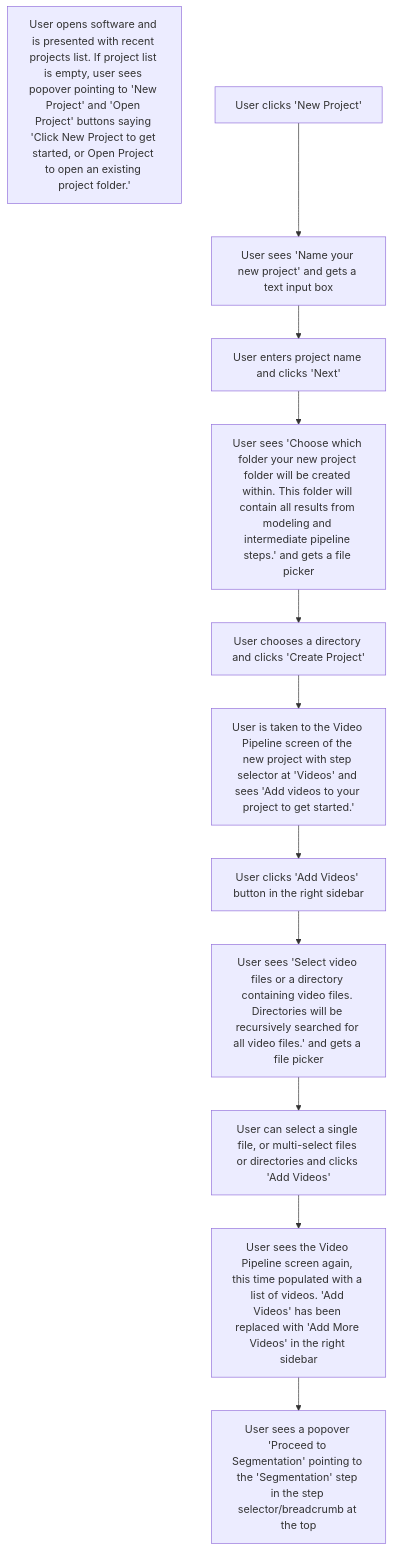
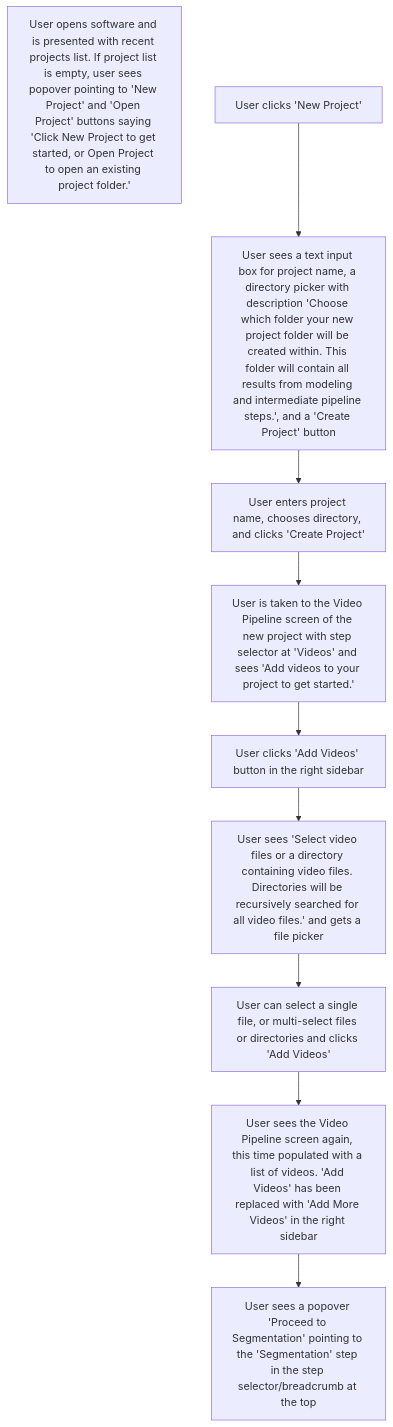
One commit to JRJacoby/vidseq changed the diagram in design_docs/user_flows/project_initialization.md. Above: the diagram before and after it, drawn with Mermaid. The commit also changed 4 other files, not shown here.

````diff
--- a/design_docs/user_flows/project_initialization.md
+++ b/design_docs/user_flows/project_initialization.md
@@ -1,26 +1,22 @@
 ```mermaid
 flowchart TD
     A[User opens software and is presented with recent projects list. If project list is empty, user sees popover pointing to 'New Project' and 'Open Project' buttons saying 'Click New Project to get started, or Open Project to open an existing project folder.']
     B[User clicks 'New Project']
-    C[User sees 'Name your new project' and gets a text input box]
-    D[User enters project name and clicks 'Next']
-    E[User sees 'Choose which folder your new project folder will be created within. This folder will contain all results from modeling and intermediate pipeline steps.' and gets a file picker]
-    F[User chooses a directory and clicks 'Create Project']
-    G[User is taken to the Video Pipeline screen of the new project with step selector at 'Videos' and sees 'Add videos to your project to get started.']
-    H[User clicks 'Add Videos' button in the right sidebar]
-    I[User sees 'Select video files or a directory containing video files. Directories will be recursively searched for all video files.' and gets a file picker]
-    J[User can select a single file, or multi-select files or directories and clicks 'Add Videos']
-    K[User sees the Video Pipeline screen again, this time populated with a list of videos. 'Add Videos' has been replaced with 'Add More Videos' in the right sidebar]
-    L[User sees a popover 'Proceed to Segmentation' pointing to the 'Segmentation' step in the step selector/breadcrumb at the top]
+    C[User sees a text input box for project name, a directory picker with description 'Choose which folder your new project folder will be created within. This folder will contain all results from modeling and intermediate pipeline steps.', and a 'Create Project' button]
+    D[User enters project name, chooses directory, and clicks 'Create Project']
+    E[User is taken to the Video Pipeline screen of the new project with step selector at 'Videos' and sees 'Add videos to your project to get started.']
+    F[User clicks 'Add Videos' button in the right sidebar]
+    G[User sees 'Select video files or a directory containing video files. Directories will be recursively searched for all video files.' and gets a file picker]
+    H[User can select a single file, or multi-select files or directories and clicks 'Add Videos']
+    I[User sees the Video Pipeline screen again, this time populated with a list of videos. 'Add Videos' has been replaced with 'Add More Videos' in the right sidebar]
+    J[User sees a popover 'Proceed to Segmentation' pointing to the 'Segmentation' step in the step selector/breadcrumb at the top]
 
     B --> C
     C --> D
     D --> E
     E --> F
     F --> G
     G --> H
     H --> I
     I --> J
-    J --> K
-    K --> L
 ```
````
